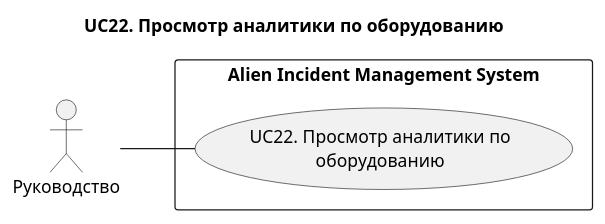
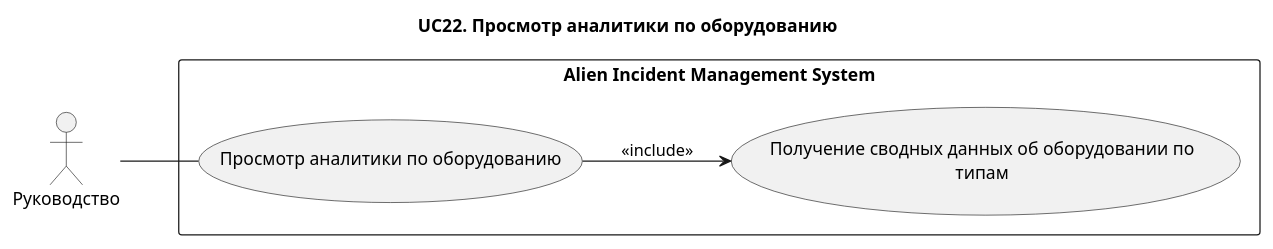
One commit to Andryss/AIMS changed the diagram in docs/use-case/UC22.md. Above: the diagram before and after it, drawn with PlantUML. The commit also changed other lines of this file and 23 other files, not shown here.

Commit message:
docs: refine use-case diagrams and centralize rendering commands

````diff
--- a/docs/use-case/UC22.md
+++ b/docs/use-case/UC22.md
@@ -3,15 +5,21 @@
 ```plantuml
 @startuml
 title UC22. Просмотр аналитики по оборудованию
 left to right direction
 
 actor "Руководство" as Management
 
 rectangle "Alien Incident Management System" {
-  usecase "UC22. Просмотр аналитики по\nоборудованию" as UC22
+
+(Просмотр аналитики по оборудованию) as UC11
+
+(Получение сводных данных об оборудовании по\nтипам) as UC114
+
 }
 
-Management -- UC22
+Management -- UC11
+
+UC11 --> UC114 : <<include>>
 
 @enduml
 ```
````
